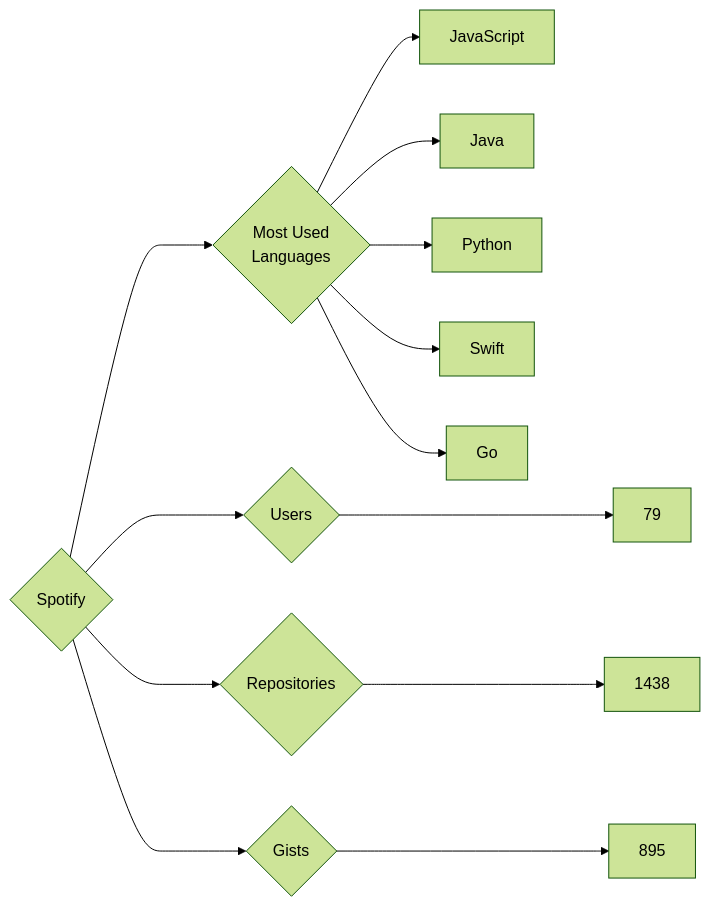
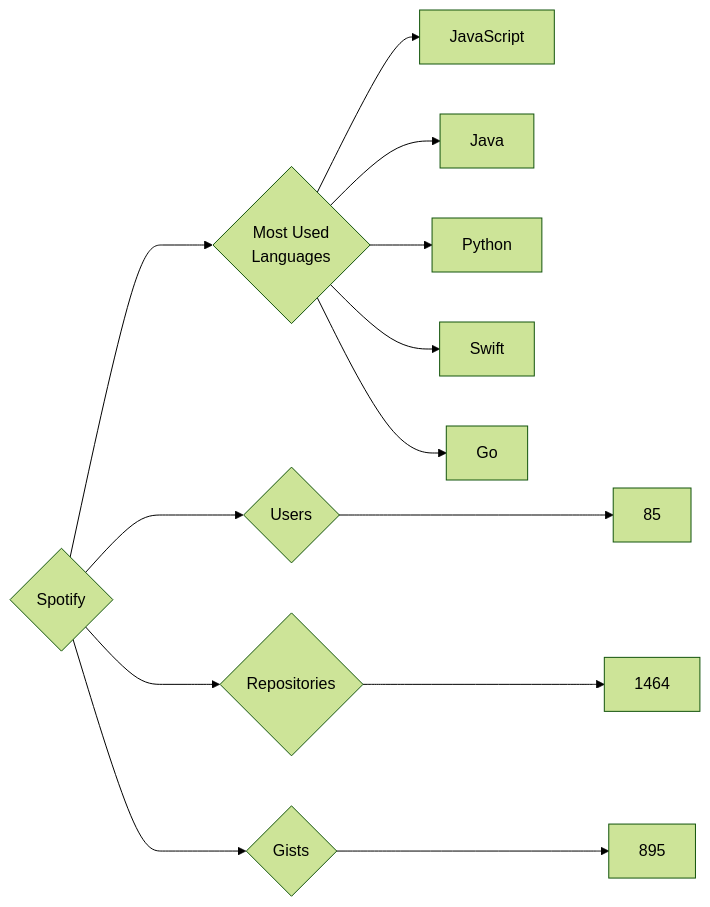
The diagram in targets/Spotify/README.md (trickest/insiders), drawn with Mermaid (forest theme) before and after one commit. The commit also changed 806 other files, not shown here.

````diff
--- a/targets/Spotify/README.md
+++ b/targets/Spotify/README.md
@@ -3,13 +3,13 @@
 ```mermaid
 graph LR
 COMPANY_NAME{Spotify}
-COMPANY_NAME ---> U{Users} ---> UN[79]
-COMPANY_NAME ---> R{Repositories} ---> RN[1438]
+COMPANY_NAME ---> U{Users} ---> UN[85]
+COMPANY_NAME ---> R{Repositories} ---> RN[1464]
 COMPANY_NAME ---> G{Gists} ---> GN[895]
 COMPANY_NAME ---> ML{Most Used<br>Languages}
 ML --> JavaScript[JavaScript]
 ML --> Java[Java]
 ML --> Python[Python]
 ML --> Swift[Swift]
 ML --> Go[Go]
 ```
````
